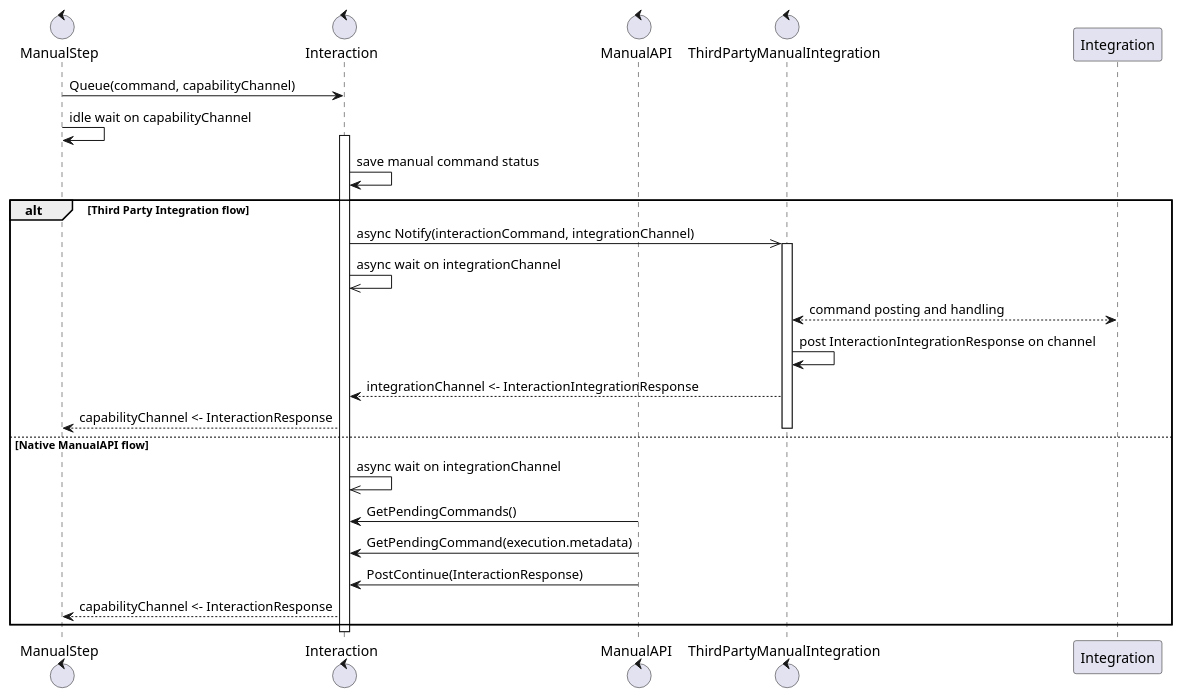
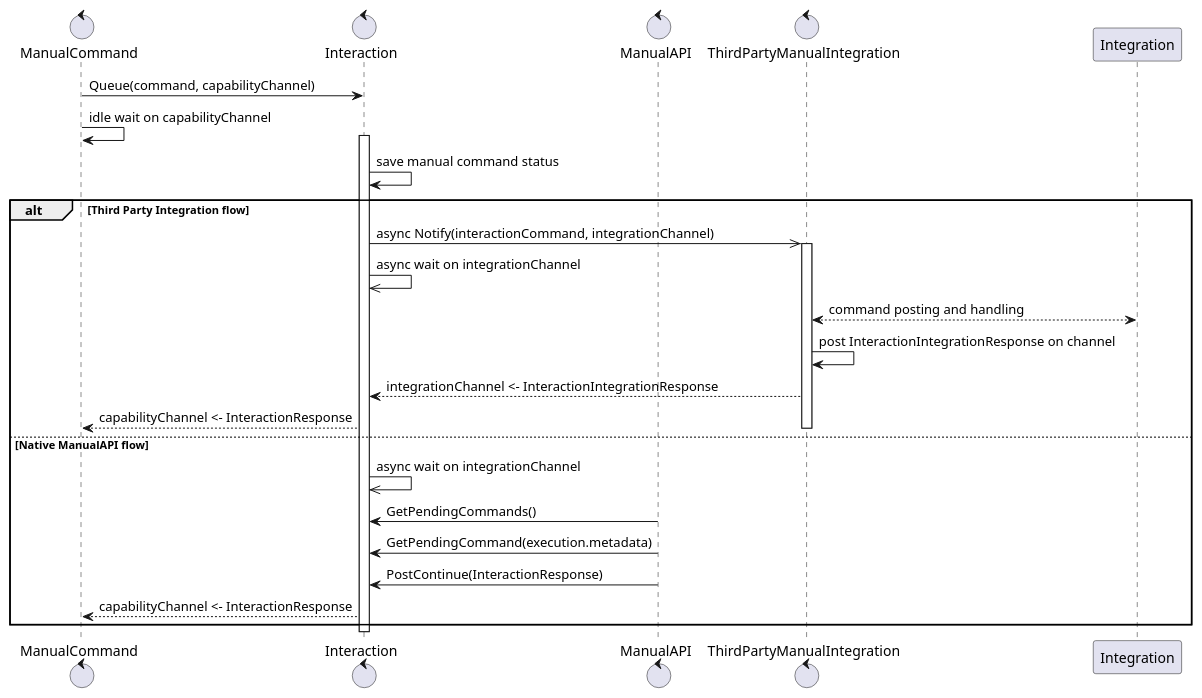
The second of 2 diagrams in docs/content/en/docs/core-components/modules.md (COSSAS/SOARCA), drawn with PlantUML before and after one commit. The commit also changed other lines of this file, not shown here.

````diff
--- a/docs/content/en/docs/core-components/modules.md
+++ b/docs/content/en/docs/core-components/modules.md
@@ -397,34 +404,34 @@
 ```plantuml
 @startuml
-control "ManualStep" as manual
+control "ManualCommand" as manual
 control "Interaction" as interaction
 control "ManualAPI" as api
 control "ThirdPartyManualIntegration" as 3ptool
 
 
 manual -> interaction : Queue(command, capabilityChannel)
 manual -> manual : idle wait on capabilityChannel
 activate interaction
 interaction -> interaction : save manual command status
 alt Third Party Integration flow
 interaction ->> 3ptool : async Notify(interactionCommand, integrationChannel)
 activate 3ptool
 interaction ->> interaction : async wait on integrationChannel
 
 3ptool <--> Integration : command posting and handling
 3ptool -> 3ptool : post InteractionIntegrationResponse on channel
 3ptool --> interaction : integrationChannel <- InteractionIntegrationResponse
 interaction --> manual : capabilityChannel <- InteractionResponse
 deactivate 3ptool
 else Native ManualAPI flow
 interaction ->> interaction : async wait on integrationChannel
 api -> interaction : GetPendingCommands()
 api -> interaction : GetPendingCommand(execution.metadata)
 api -> interaction : PostContinue(InteractionResponse)
 interaction --> manual : capabilityChannel <- InteractionResponse
 end
 
 deactivate interaction
 
 @enduml
 ```
````
